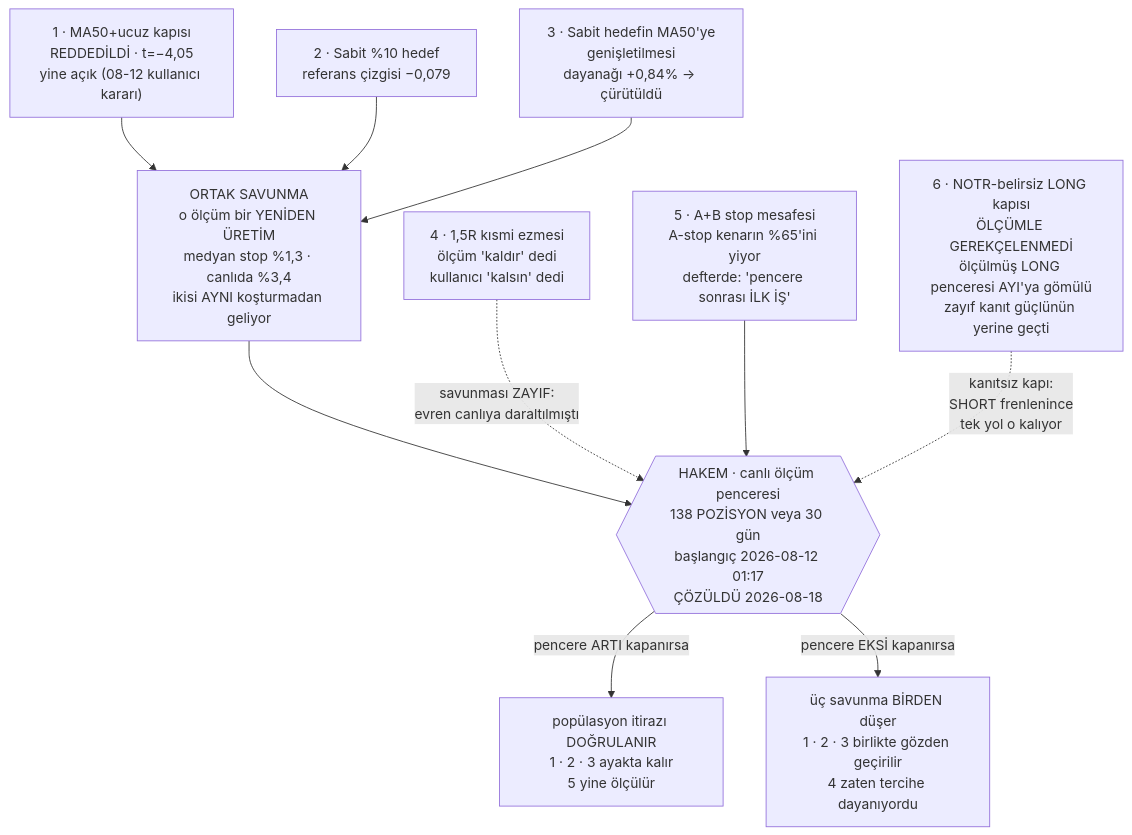
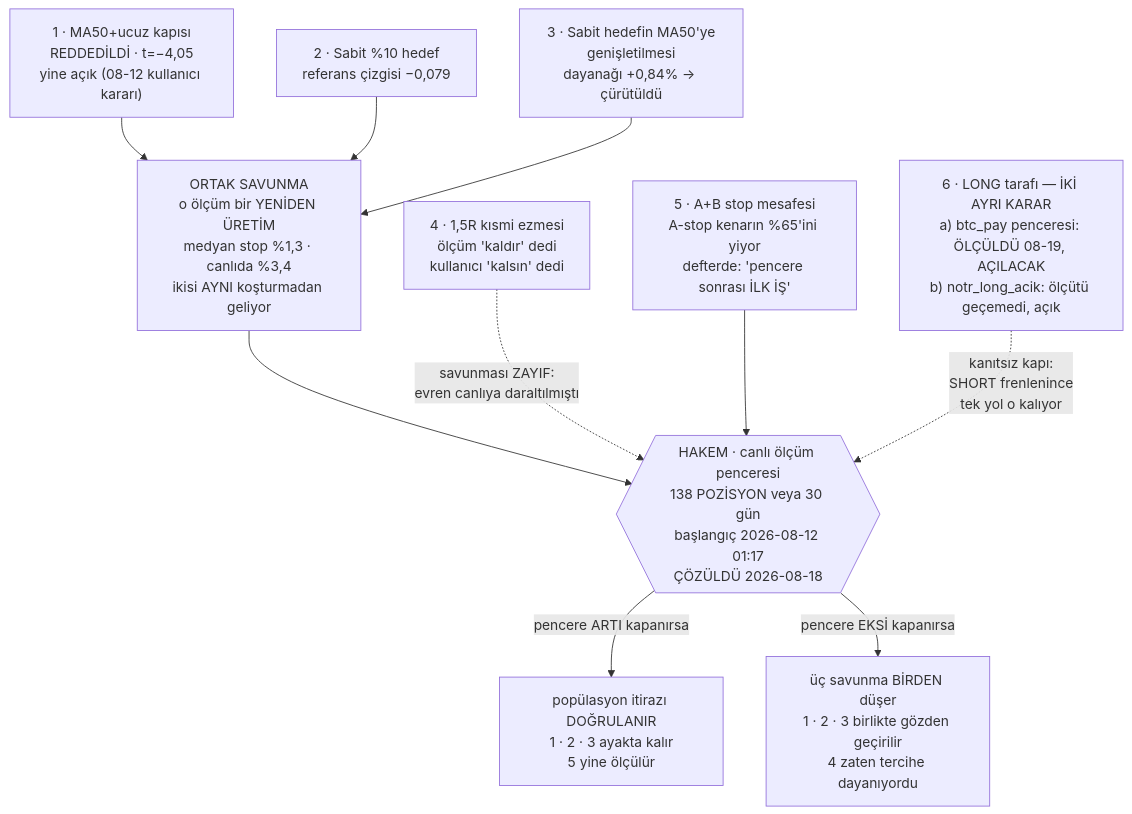
The diagram in durum.md (irisphotofethiye-bocici/kripto-trade), drawn with Mermaid before and after one commit. The commit also changed other lines of this file and 1 other file, not shown here.

````diff
--- a/durum.md
+++ b/durum.md
@@ -118,22 +118,22 @@
 ```mermaid
 flowchart TD
     A["1 · MA50+ucuz kapısı<br/>REDDEDİLDİ · t=−4,05<br/>yine açık (08-12 kullanıcı kararı)"]
     B["2 · Sabit %10 hedef<br/>referans çizgisi −0,079"]
     C["3 · Sabit hedefin MA50'ye<br/>genişletilmesi<br/>dayanağı +0,84% → çürütüldü"]
     S["ORTAK SAVUNMA<br/>o ölçüm bir YENİDEN ÜRETİM<br/>medyan stop %1,3 · canlıda %3,4<br/>ikisi AYNI koşturmadan geliyor"]
     D["4 · 1,5R kısmi ezmesi<br/>ölçüm 'kaldır' dedi<br/>kullanıcı 'kalsın' dedi"]
     E["5 · A+B stop mesafesi<br/>A-stop kenarın %65'ini yiyor<br/>defterde: 'pencere sonrası İLK İŞ'"]
-    F["6 · NOTR-belirsiz LONG kapısı<br/>ÖLÇÜMLE GEREKÇELENMEDİ<br/>ölçülmüş LONG penceresi AYI'ya gömülü<br/>zayıf kanıt güçlünün yerine geçti"]
+    F["6 · LONG tarafı — İKİ AYRI KARAR<br/>a) btc_pay penceresi: ÖLÇÜLDÜ 08-19, AÇILACAK<br/>b) notr_long_acik: ölçütü geçemedi, açık"]
     W{{"HAKEM · canlı ölçüm penceresi<br/>138 POZİSYON veya 30 gün<br/>başlangıç 2026-08-12 01:17<br/>ÇÖZÜLDÜ 2026-08-18"}}
     P["popülasyon itirazı DOĞRULANIR<br/>1 · 2 · 3 ayakta kalır<br/>5 yine ölçülür"]
     M["üç savunma BİRDEN düşer<br/>1 · 2 · 3 birlikte gözden geçirilir<br/>4 zaten tercihe dayanıyordu"]
     A --> S
     B --> S
     C --> S
     S --> W
     D -. "savunması ZAYIF:<br/>evren canlıya daraltılmıştı" .-> W
     E --> W
     F -. "kanıtsız kapı:<br/>SHORT frenlenince<br/>tek yol o kalıyor" .-> W
     W -- "pencere ARTI kapanırsa" --> P
     W -- "pencere EKSİ kapanırsa" --> M
 ```
````
